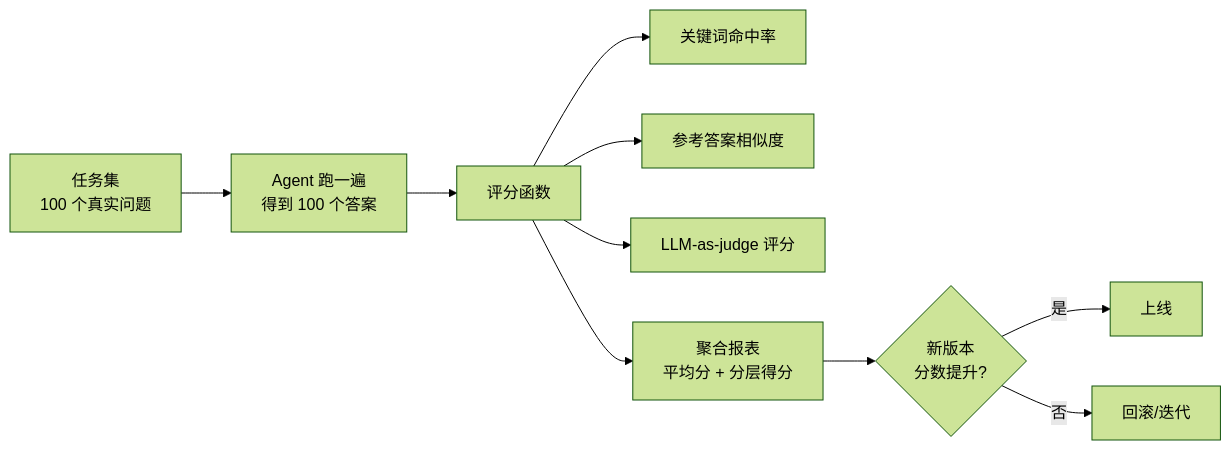
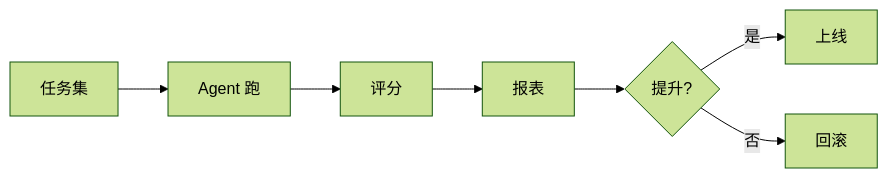
Before and after one commit to Mr-Super-X/agent-app-dev: the first of 4 diagrams in docs/production/02-evaluation.md, drawn with Mermaid (forest theme). The commit also changed other lines of this file and 6 other files, not shown here.

````diff
--- a/docs/production/02-evaluation.md
+++ b/docs/production/02-evaluation.md
@@ -32,12 +22,9 @@
 ```mermaid
 flowchart LR
-    A[任务集<br/>100 个真实问题] --> B[Agent 跑一遍<br/>得到 100 个答案]
-    B --> C[评分函数]
-    C --> C1[关键词命中率]
-    C --> C2[参考答案相似度]
-    C --> C3[LLM-as-judge 评分]
-    C --> D[聚合报表<br/>平均分 + 分层得分]
-    D --> E{新版本<br/>分数提升?}
+    A[任务集] --> B[Agent 跑]
+    B --> C[评分]
+    C --> D[报表]
+    D --> E{提升?}
     E -- 是 --> F[上线]
-    E -- 否 --> G[回滚/迭代]
+    E -- 否 --> G[回滚]
 ```
````
